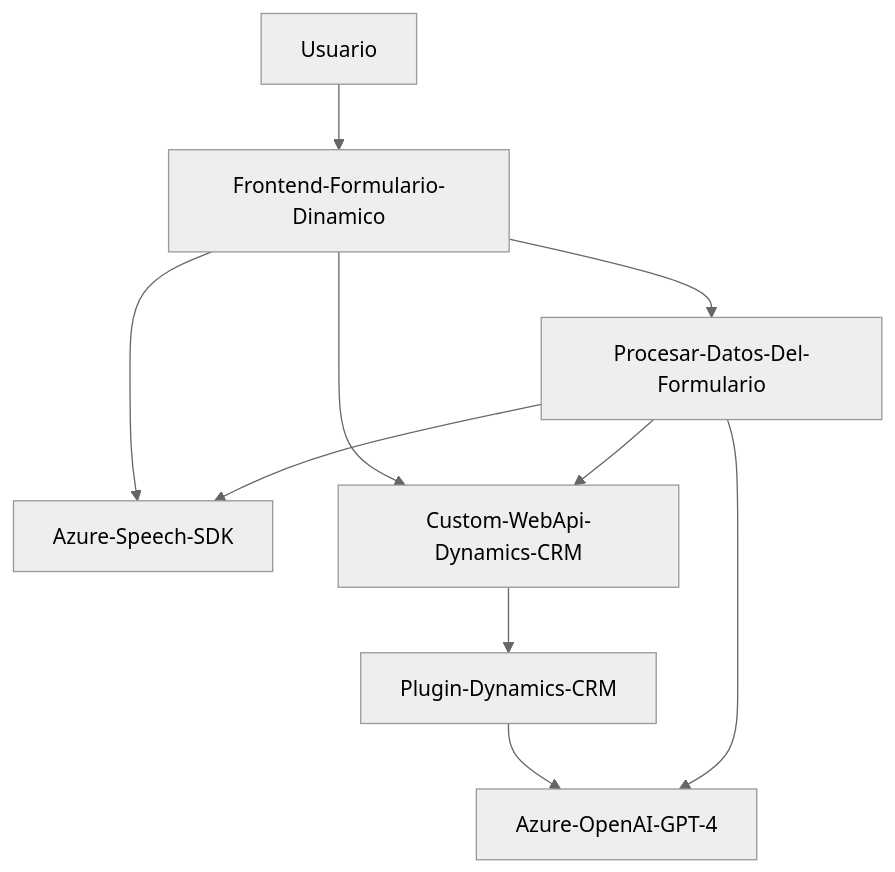
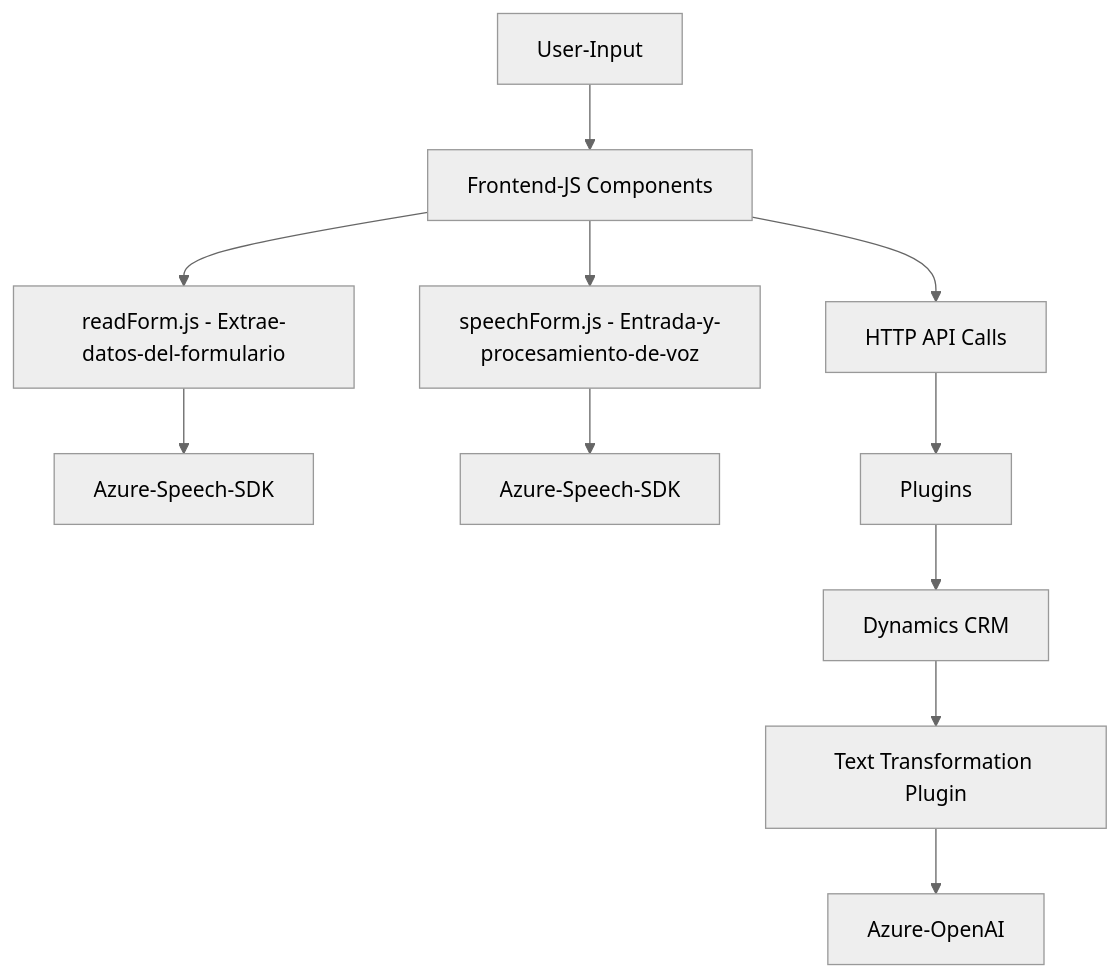
One commit to blopezdm/NETCORE_BILBAO2025 changed the diagram in README.md. Above: the diagram before and after it, drawn with Mermaid (neutral theme). The commit also changed other lines of this file, not shown here.

````diff
--- a/README.md
+++ b/README.md
@@ -52,12 +38,16 @@
 ```mermaid
 graph TD
-    A[Usuario] --> B[Frontend-Formulario-Dinamico]
-    B --> C[Azure-Speech-SDK]
-    B --> D[Custom-WebApi-Dynamics-CRM]
-    D --> E[Plugin-Dynamics-CRM]
-    E --> F[Azure-OpenAI-GPT-4]
-    B --> G[Procesar-Datos-Del-Formulario]
-    G --> C
-    G --> D
-    G --> F
+    A[User-Input] --> B["Frontend-JS Components"]
+    B --> C["readForm.js - Extrae-datos-del-formulario"]
+    B --> D["speechForm.js - Entrada-y-procesamiento-de-voz"]
+
+    C --> E["Azure-Speech-SDK"]
+    D --> F["Azure-Speech-SDK"]
+    
+    B --> G["HTTP API Calls"]
+
+    G --> H["Plugins"]
+    H --> I["Dynamics CRM"]
+    I --> J["Text Transformation Plugin"]
+    J --> K["Azure-OpenAI"]
 ```
````
